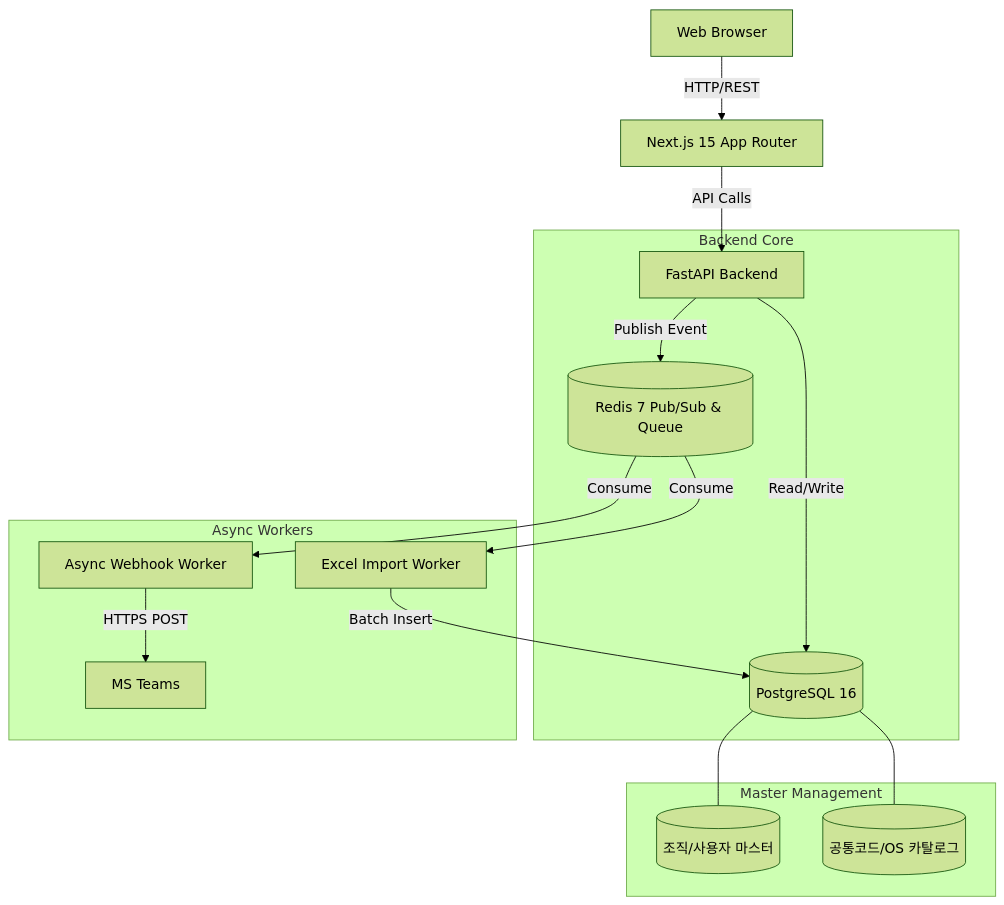
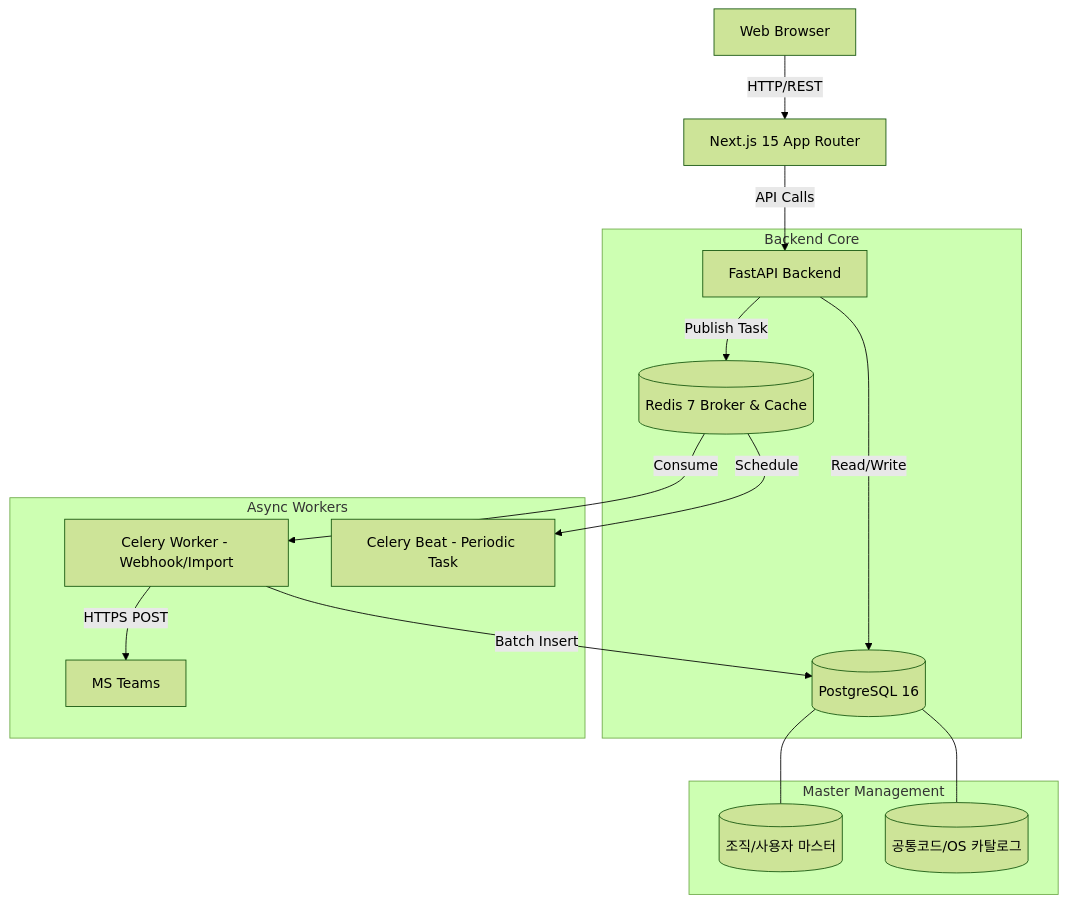
The first of 2 diagrams in README.md (rebel-glamp/xenon_itam), drawn with Mermaid (forest theme) before and after one commit. The commit also changed other lines of this file, not shown here.

````diff
--- a/README.md
+++ b/README.md
@@ -41,22 +40,22 @@
 ```mermaid
 graph TD
     Client[Web Browser] -->|HTTP/REST| NextJS[Next.js 15 App Router]
     NextJS -->|API Calls| FastAPI[FastAPI Backend]
     
     subgraph Backend Core
         FastAPI -->|Read/Write| PG[(PostgreSQL 16)]
-        FastAPI -->|Publish Event| Redis[(Redis 7 Pub/Sub & Queue)]
+        FastAPI -->|Publish Task| Redis[(Redis 7 Broker & Cache)]
     end
 
     subgraph Master Management
         PG --- OrgMaster[(조직/사용자 마스터)]
         PG --- CodeMaster[(공통코드/OS 카탈로그)]
     end
 
     subgraph Async Workers
-        Redis -->|Consume| WebhookWorker[Async Webhook Worker]
-        Redis -->|Consume| ExcelWorker[Excel Import Worker]
-        WebhookWorker -->|HTTPS POST| Teams[MS Teams]
-        ExcelWorker -->|Batch Insert| PG
+        Redis -->|Consume| CeleryWorker[Celery Worker - Webhook/Import]
+        Redis -->|Schedule| CeleryBeat[Celery Beat - Periodic Task]
+        CeleryWorker -->|HTTPS POST| Teams[MS Teams]
+        CeleryWorker -->|Batch Insert| PG
     end
 ```
````
